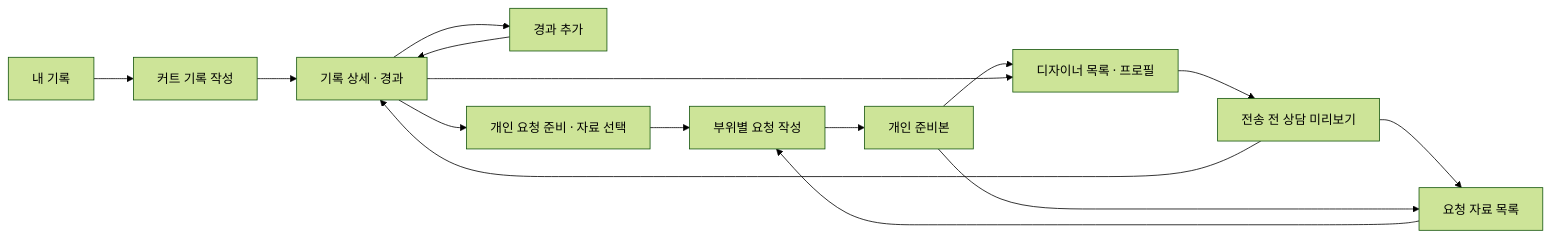
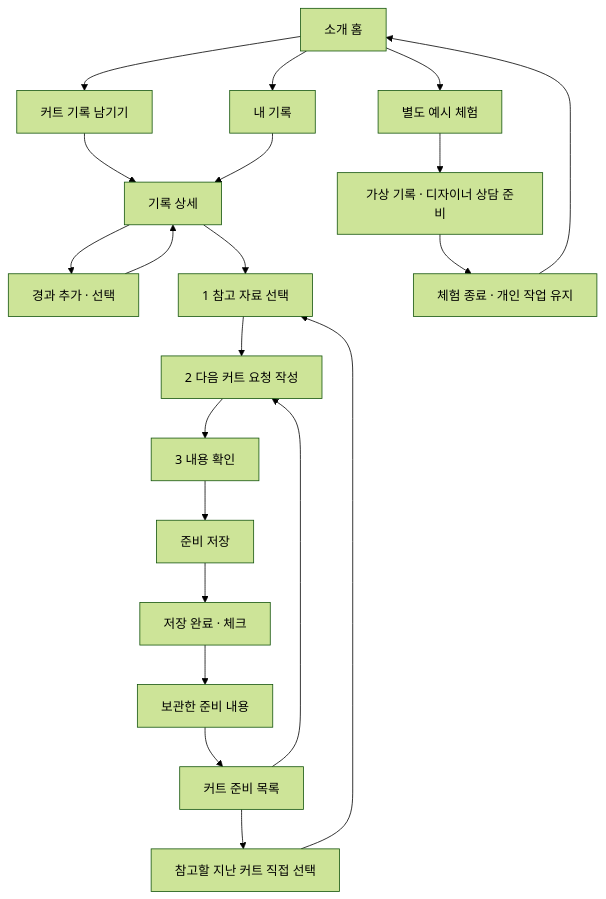
The diagram in docs/prototype-plan.md (8192KB/SALU), drawn with Mermaid (forest theme) before and after one commit. The commit also changed other lines of this file and 133 other files, not shown here.

````diff
--- a/docs/prototype-plan.md
+++ b/docs/prototype-plan.md
@@ -28,17 +40,23 @@
 ```mermaid
-flowchart LR
-    A[내 기록] --> B[커트 기록 작성]
-    B --> C[기록 상세 · 경과]
-    C --> D[경과 추가]
-    D --> C
-    C --> E[개인 요청 준비 · 자료 선택]
-    E --> F[부위별 요청 작성]
-    F --> G[개인 준비본]
-    G --> H[디자이너 목록 · 프로필]
-    C --> H
-    H --> I[전송 전 상담 미리보기]
-    I --> J[요청 자료 목록]
-    G --> J
-    J --> F
-    I --> C
+flowchart TD
+    H[소개 홈] --> N[커트 기록 남기기]
+    H --> L[내 기록]
+    N --> R[기록 상세]
+    L --> R
+    R --> P[경과 추가 · 선택]
+    P --> R
+    R --> M[1 참고 자료 선택]
+    Q[커트 준비 목록] --> C[참고할 지난 커트 직접 선택]
+    C --> M
+    M --> W[2 다음 커트 요청 작성]
+    W --> V[3 내용 확인]
+    V --> S[준비 저장]
+    S --> F[저장 완료 · 체크]
+    F --> B[보관한 준비 내용]
+    B --> Q
+    Q --> W
+    H --> E[별도 예시 체험]
+    E --> D[가상 기록 · 디자이너 상담 준비]
+    D --> X[체험 종료 · 개인 작업 유지]
+    X --> H
 ```
````
